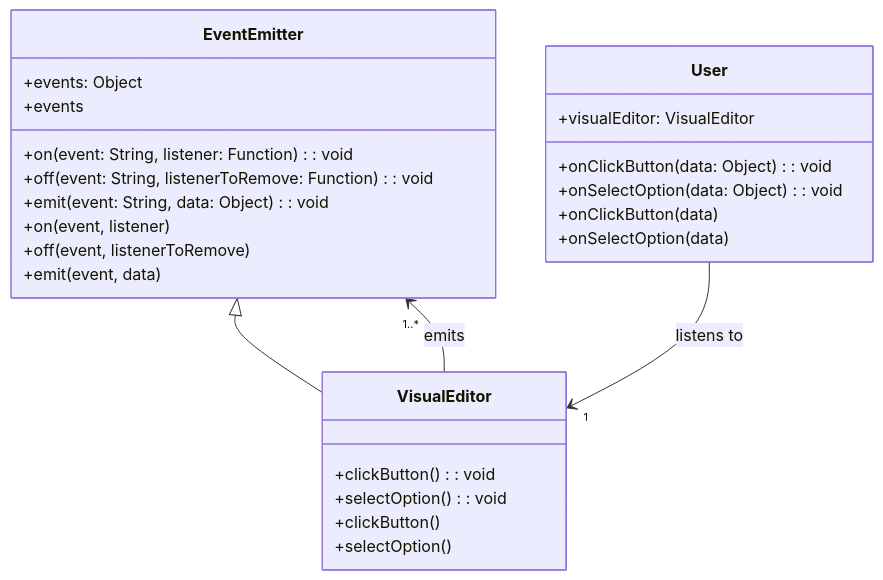
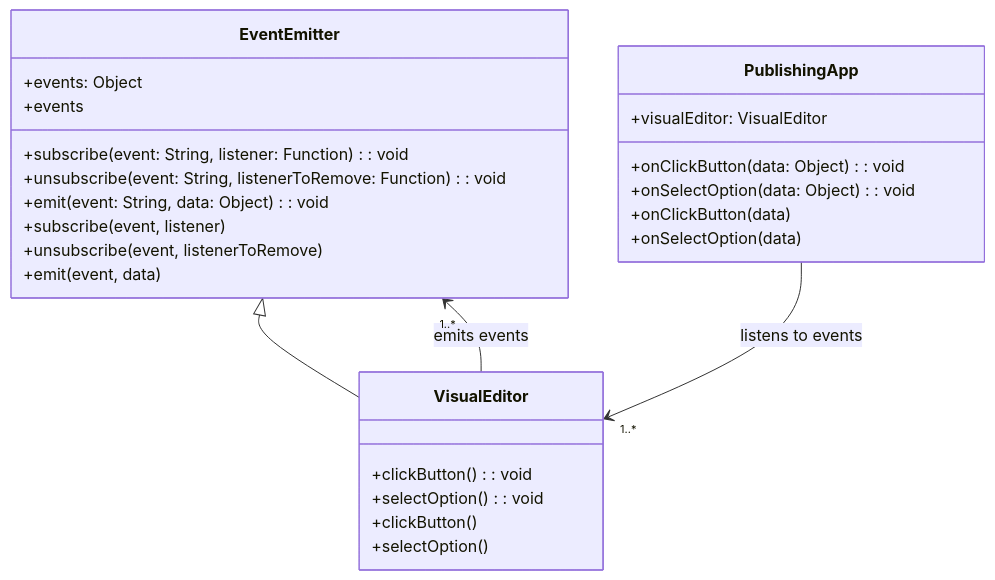
Before and after one commit to alphagov/govspeak-visual-editor: the diagram in docs/0002-events-architecture.md, drawn with Mermaid. The commit also changed other lines of this file, not shown here.

````diff
--- a/docs/0002-events-architecture.md
+++ b/docs/0002-events-architecture.md
@@ -35,36 +60,36 @@
 ```mermaid
 classDiagram
     class EventEmitter {
         +events: Object
-        +on(event: String, listener: Function): void
-        +off(event: String, listenerToRemove: Function): void
+        +subscribe(event: String, listener: Function): void
+        +unsubscribe(event: String, listenerToRemove: Function): void
         +emit(event: String, data: Object): void
     }
 
     class VisualEditor {
         +clickButton(): void
         +selectOption(): void
     }
     
     EventEmitter <|-- VisualEditor
     
-    class User {
+    class PublishingApp {
         +visualEditor: VisualEditor
         +onClickButton(data: Object): void
         +onSelectOption(data: Object): void
     }
     
-    VisualEditor --> "1..*" EventEmitter : emits
-    User --> "1" VisualEditor : listens to
+    VisualEditor --> "1..*" EventEmitter : emits events
+    PublishingApp --> "1..*" VisualEditor : listens to events
     
     EventEmitter : +events
-    EventEmitter : +on(event, listener)
-    EventEmitter : +off(event, listenerToRemove)
+    EventEmitter : +subscribe(event, listener)
+    EventEmitter : +unsubscribe(event, listenerToRemove)
     EventEmitter : +emit(event, data)
     
     VisualEditor : +clickButton()
     VisualEditor : +selectOption()
     
-    User : +onClickButton(data)
-    User : +onSelectOption(data)
+    PublishingApp : +onClickButton(data)
+    PublishingApp : +onSelectOption(data)
 ```
````
